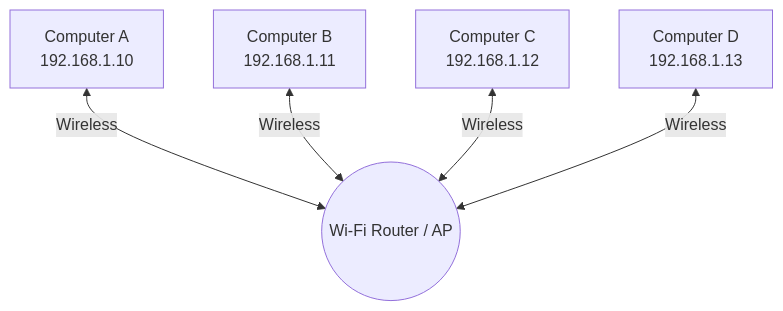
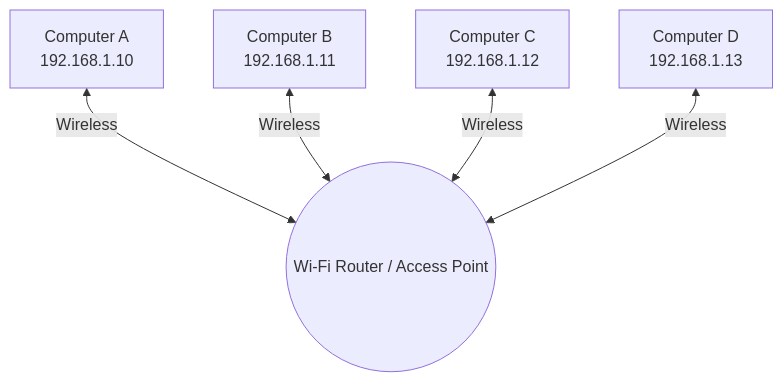
Before and after one commit to aswath0001/Internet-Networking: the first of 9 diagrams in 01.md, drawn with Mermaid. The commit also changed other lines of this file, not shown here.

````diff
--- a/01.md
+++ b/01.md
@@ -9,9 +24,8 @@
-```mermaid
+``` mermaid
 flowchart TD
-    AP((Wi-Fi Router / AP))
-    
+    AP((Wi-Fi Router / Access Point))
     A[Computer A<br/>192.168.1.10] <-->|Wireless| AP
     B[Computer B<br/>192.168.1.11] <-->|Wireless| AP
     C[Computer C<br/>192.168.1.12] <-->|Wireless| AP
     D[Computer D<br/>192.168.1.13] <-->|Wireless| AP
 ```
````
